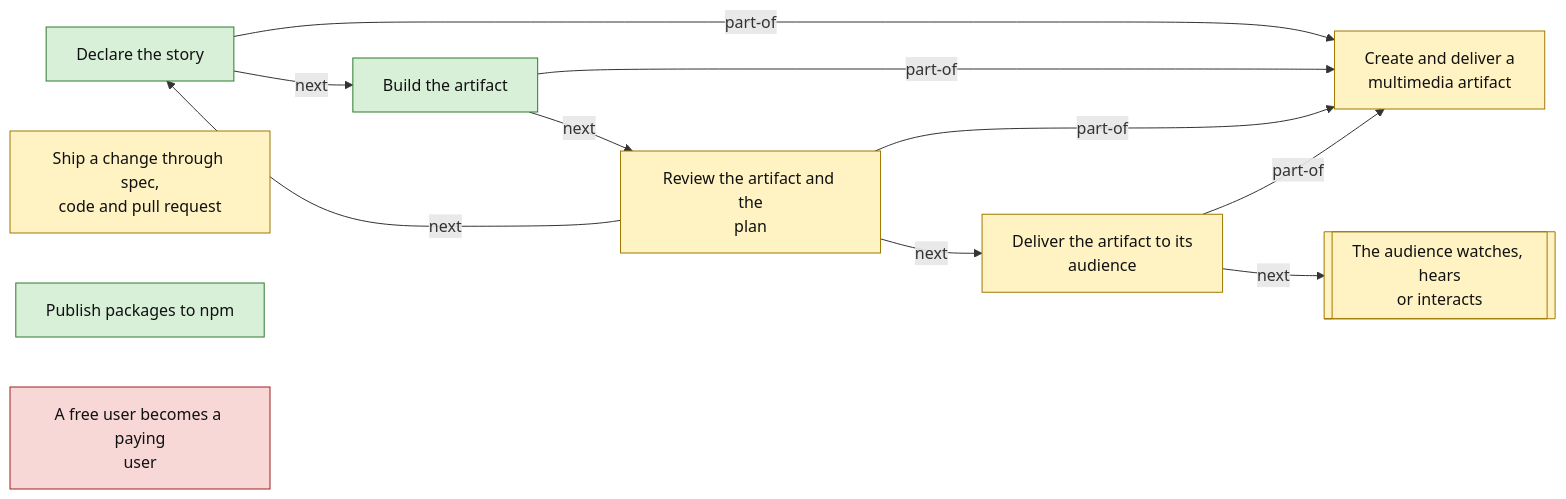
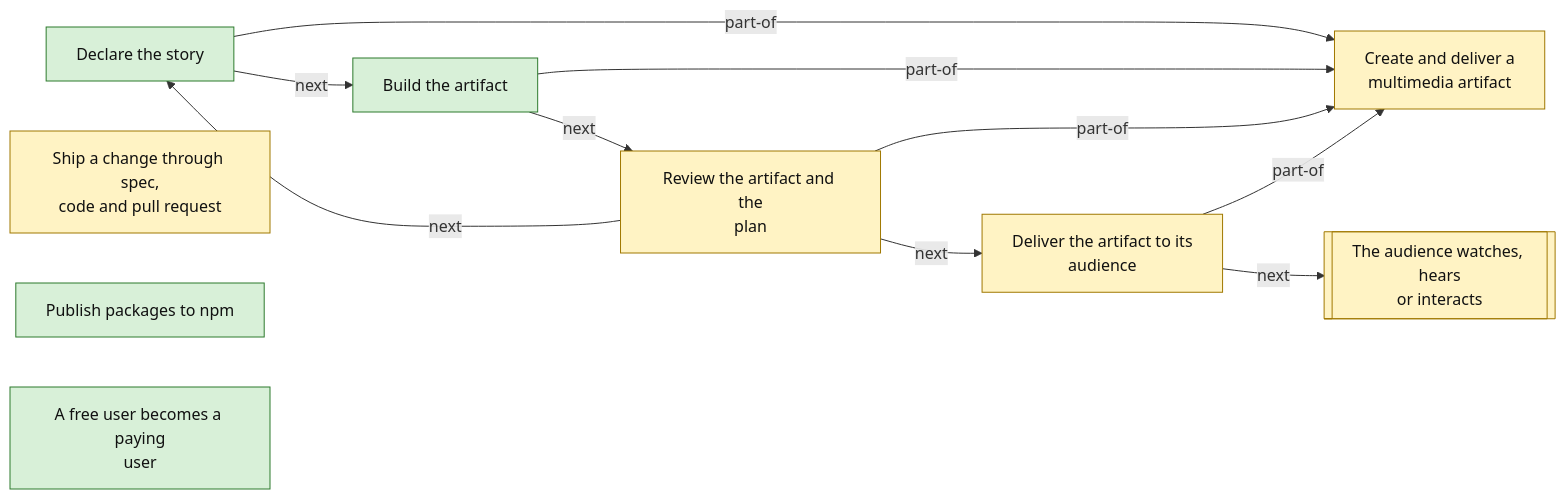
Before and after one commit to reebeat/.github: the first of 4 diagrams in docs/business-processes.md, drawn with Mermaid. The commit also changed other lines of this file and 59 other files, not shown here.

````diff
--- a/docs/business-processes.md
+++ b/docs/business-processes.md
@@ -13,25 +13,25 @@
 ```mermaid
 flowchart LR
     classDef decided fill:#d8f0d8,stroke:#2d7a2d,color:#111
     classDef proposed fill:#fff3c4,stroke:#a07800,color:#111
     classDef open fill:#f8d7d7,stroke:#a02020,color:#111
     classDef outside fill:#eee,stroke:#999,color:#333,stroke-dasharray:4 3
     process_org_create_and_deliver["Create and deliver a<br/>multimedia artifact"]:::proposed
     process_org_declare_story["Declare the story"]:::decided
     process_org_build_artifact["Build the artifact"]:::decided
     process_org_review_artifact["Review the artifact and the<br/>plan"]:::proposed
     process_org_deliver_artifact["Deliver the artifact to its<br/>audience"]:::proposed
     extproc_org_audience_consumes[["The audience watches, hears<br/>or interacts"]]:::proposed
     process_org_ship_change["Ship a change through spec,<br/>code and pull request"]:::proposed
     process_org_publish_packages["Publish packages to npm"]:::decided
-    process_org_upgrade_to_paid["A free user becomes a paying<br/>user"]:::open
+    process_org_upgrade_to_paid["A free user becomes a paying<br/>user"]:::decided
     process_org_declare_story -->|part-of| process_org_create_and_deliver
     process_org_declare_story -->|next| process_org_build_artifact
     process_org_build_artifact -->|part-of| process_org_create_and_deliver
     process_org_build_artifact -->|next| process_org_review_artifact
     process_org_review_artifact -->|part-of| process_org_create_and_deliver
     process_org_review_artifact -->|next| process_org_deliver_artifact
     process_org_review_artifact -->|next| process_org_declare_story
     process_org_deliver_artifact -->|part-of| process_org_create_and_deliver
     process_org_deliver_artifact -->|next| extproc_org_audience_consumes
 ```
````
